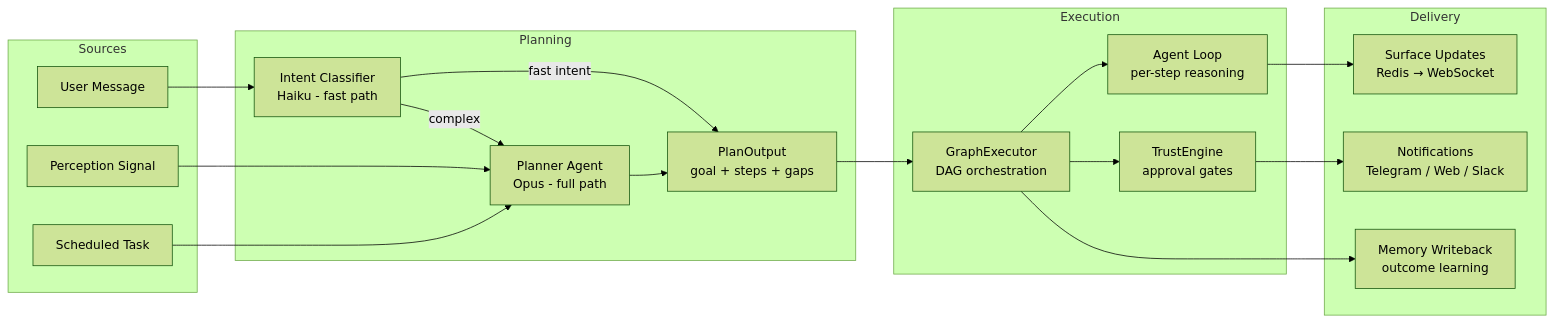
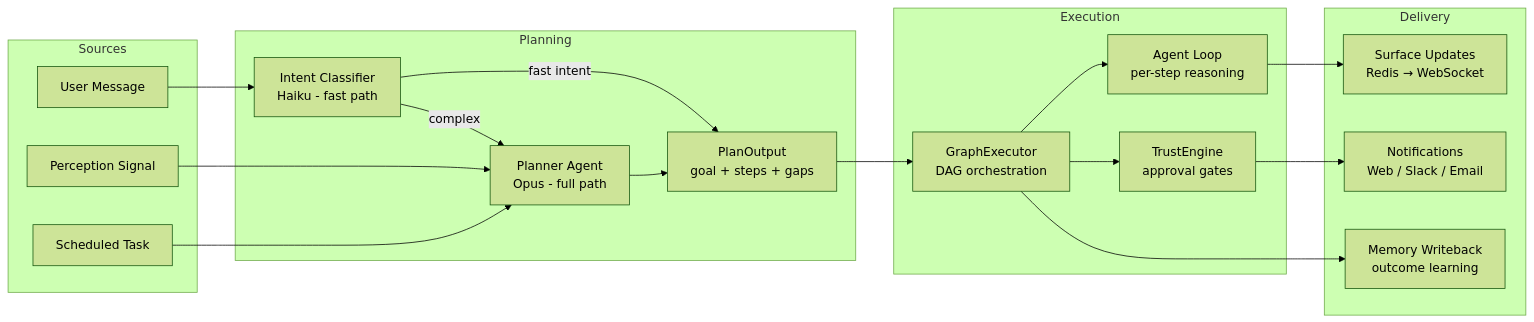
Before and after one commit to shivadharmi/muldro: the first of 17 diagrams in docs/architecture/plan-execution-deep-dive.md, drawn with Mermaid (forest theme). The commit also changed other lines of this file and 13 other files, not shown here.

````diff
--- a/docs/architecture/plan-execution-deep-dive.md
+++ b/docs/architecture/plan-execution-deep-dive.md
@@ -30,39 +30,39 @@
 ```mermaid
 flowchart LR
     subgraph Sources
         A[User Message]
         B[Perception Signal]
         C[Scheduled Task]
     end
 
     subgraph Planning
         D[Intent Classifier<br/>Haiku - fast path]
         E[Planner Agent<br/>Opus - full path]
         F[PlanOutput<br/>goal + steps + gaps]
     end
 
     subgraph Execution
         G[GraphExecutor<br/>DAG orchestration]
         H[Agent Loop<br/>per-step reasoning]
         I[TrustEngine<br/>approval gates]
     end
 
     subgraph Delivery
         J[Surface Updates<br/>Redis → WebSocket]
-        K[Notifications<br/>Telegram / Web / Slack]
+        K[Notifications<br/>Web / Slack / Email]
         L[Memory Writeback<br/>outcome learning]
     end
 
     A --> D
     B --> E
     C --> E
     D -->|fast intent| F
     D -->|complex| E
     E --> F
     F --> G
     G --> H
     G --> I
     H --> J
     I --> K
     G --> L
 ```
````
